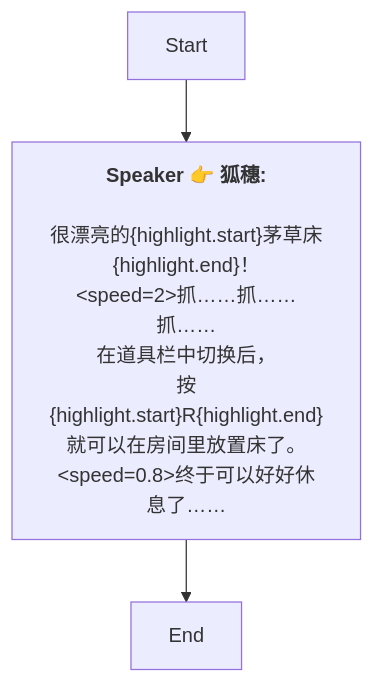
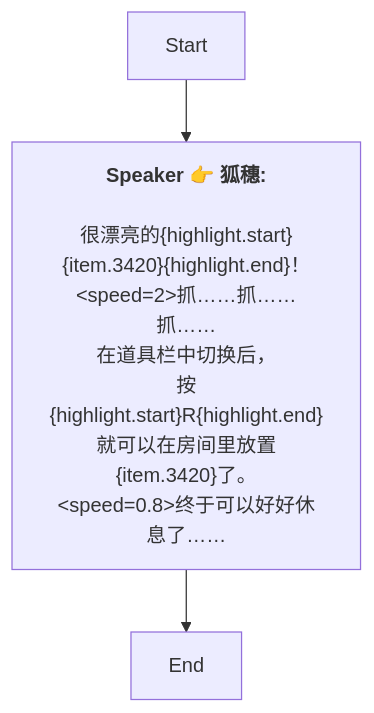
Before and after one commit to SoftHu/tos_avg: the diagram in Zh/QuestStartTalkENode_1741804102115683.md, drawn with Mermaid. The commit also changed 199 other files, not shown here.

````diff
--- a/Zh/QuestStartTalkENode_1741804102115683.md
+++ b/Zh/QuestStartTalkENode_1741804102115683.md
@@ -1,12 +1,12 @@
 ```mermaid
 graph
 Start -->1741804137167206[<b>Speaker 👉 狐穗:</b>
 
-很漂亮的&lbrace;highlight.start&rbrace;茅草床&lbrace;highlight.end&rbrace;！
+很漂亮的&lbrace;highlight.start&rbrace;&lbrace;item.3420&rbrace;&lbrace;highlight.end&rbrace;！
 &lt;speed=2&gt;抓……抓……抓……
 在道具栏中切换后，
-按&lbrace;highlight.start&rbrace;R&lbrace;highlight.end&rbrace;就可以在房间里放置床了。
+按&lbrace;highlight.start&rbrace;R&lbrace;highlight.end&rbrace;就可以在房间里放置&lbrace;item.3420&rbrace;了。
 &lt;speed=0.8&gt;终于可以好好休息了……]
 1741804137167206 -->1741804234604903[End]
 
  ```
````
